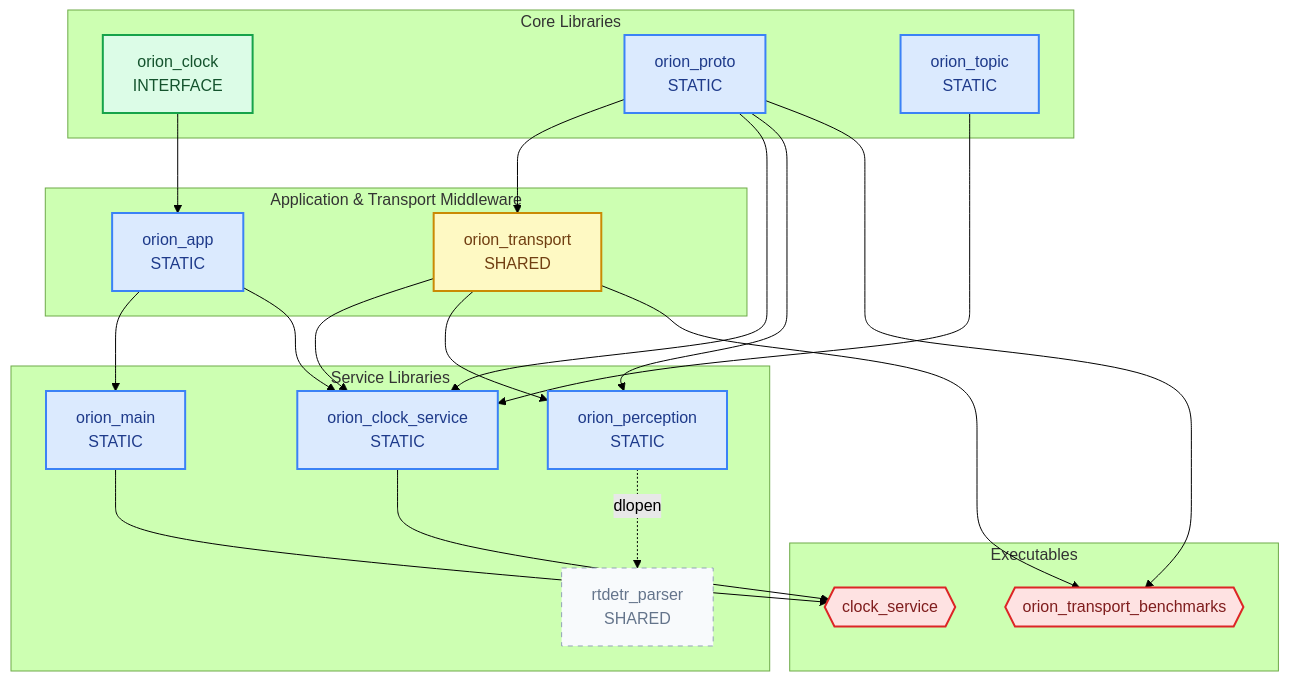
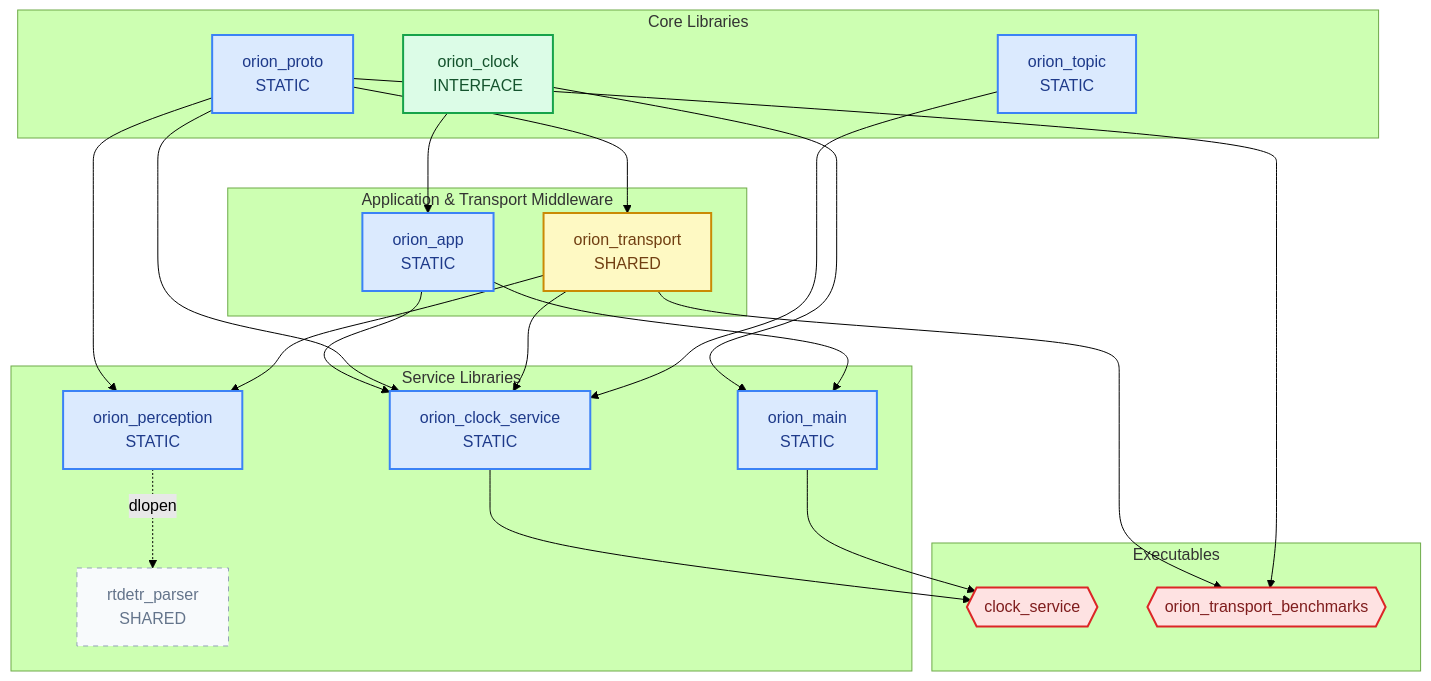
Before and after one commit to Unmanned-Constellation/orion: the first of 2 diagrams in docs/architecture.md, drawn with Mermaid (forest theme). The commit also changed other lines of this file and 15 other files, not shown here.

````diff
--- a/docs/architecture.md
+++ b/docs/architecture.md
@@ -7,41 +7,42 @@
 ```{mermaid}
 flowchart TD
     classDef iface fill:#dcfce7,stroke:#16a34a,stroke-width:2px,color:#14532d
     classDef stat  fill:#dbeafe,stroke:#3b82f6,stroke-width:2px,color:#1e3a8a
     classDef share fill:#fef9c3,stroke:#ca8a04,stroke-width:2px,color:#713f12
     classDef exe   fill:#fee2e2,stroke:#dc2626,stroke-width:2px,color:#7f1d1d
     classDef plan  fill:#f8fafc,stroke:#94a3b8,stroke-width:1px,stroke-dasharray:5 5,color:#64748b
 
     subgraph Core [Core Libraries]
         orion_clock["orion_clock<br/>INTERFACE"]:::iface
         orion_proto["orion_proto<br/>STATIC"]:::stat
         orion_topic["orion_topic<br/>STATIC"]:::stat
     end
 
     subgraph Middleware [Application & Transport Middleware]
         orion_app["orion_app<br/>STATIC"]:::stat
         orion_transport["orion_transport<br/>SHARED"]:::share
     end
 
     subgraph Services [Service Libraries]
         orion_main["orion_main<br/>STATIC"]:::stat
         orion_clock_service["orion_clock_service<br/>STATIC"]:::stat
         orion_perception["orion_perception<br/>STATIC"]:::stat
         rtdetr_parser["rtdetr_parser<br/>SHARED"]:::plan
     end
 
     subgraph Executables [Executables]
         clock_service{{"clock_service"}}:::exe
         orion_transport_benchmarks{{"orion_transport_benchmarks"}}:::exe
     end
 
     orion_clock --> orion_app
+    orion_clock --> orion_main
     orion_proto --> orion_transport
     orion_app   --> orion_main
     orion_app & orion_proto & orion_transport & orion_topic --> orion_clock_service
     orion_proto & orion_transport                           --> orion_perception
     orion_perception -.->|dlopen| rtdetr_parser
 
     orion_clock_service & orion_main --> clock_service
     orion_transport & orion_proto    --> orion_transport_benchmarks
 ```
````
